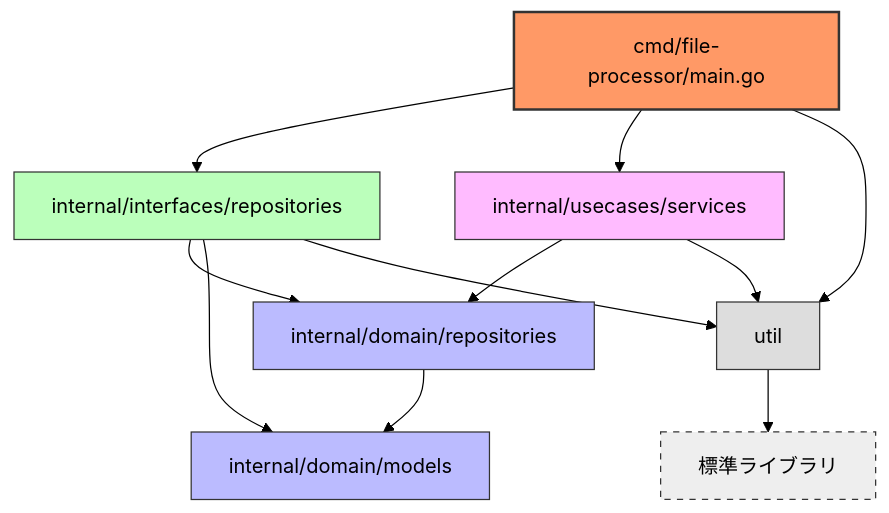
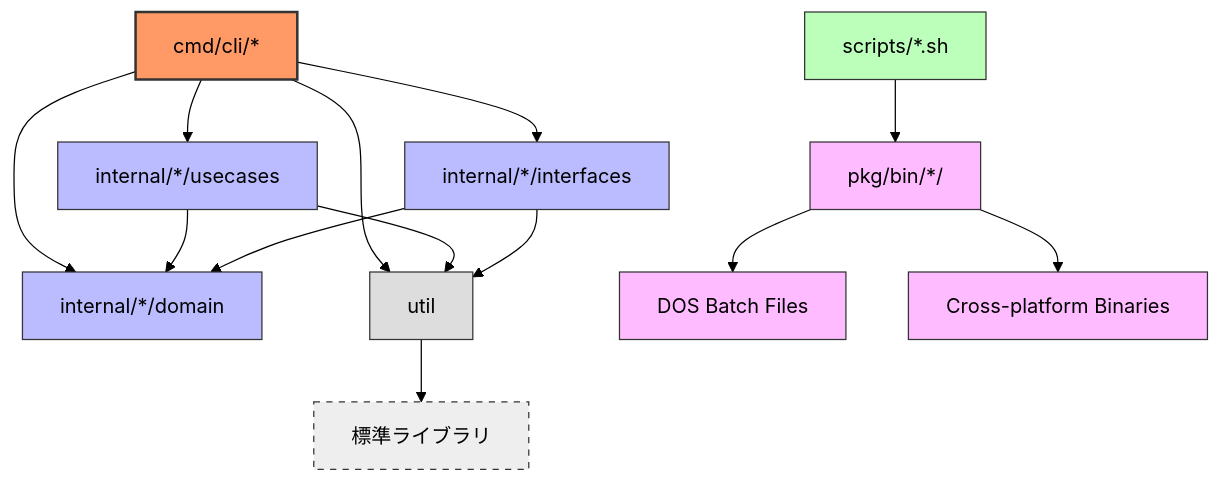
Before and after one commit to landmaster135/devbox: the diagram in README.md, drawn with Mermaid (forest theme). The commit also changed other lines of this file, not shown here.

Commit message:
doc: enhance README with comprehensive Japanese documentation and updated architecture diagram

````diff
--- a/README.md
+++ b/README.md
@@ -38,34 +38,38 @@
 ```mermaid
 graph TD
-  A[cmd/file-processor/main.go] --> B[internal/interfaces/repositories]
-  A --> C[internal/usecases/services]
+  A[cmd/cli/*] --> B[internal/*/usecases]
+  A --> C[internal/*/interfaces]
+  A --> D[internal/*/domain]
   
-  C[internal/usecases/services] --> D[internal/domain/repositories]
+  B --> D
+  C --> D
   
-  B[internal/interfaces/repositories] --> D[internal/domain/repositories]
-  B --> E[internal/domain/models]
+  E[scripts/*.sh] --> F[pkg/bin/*/]
+  A --> G[util]
+  B --> G
+  C --> G
   
-  D[internal/domain/repositories] --> E[internal/domain/models]
+  F --> H[DOS Batch Files]
+  F --> I[Cross-platform Binaries]
   
-  F[util] --> G[標準ライブラリ]
-  
-  A --> F[util]
-  C --> F[util]
-  B --> F[util]
+  G --> J[標準ライブラリ]
 
   %% Style Settings
-  classDef main fill:#f96,stroke:#333,stroke-width:2px;
-  classDef domain fill:#bbf,stroke:#333,stroke-width:1px;
-  classDef interfaces fill:#bfb,stroke:#333,stroke-width:1px;
-  classDef usecases fill:#fbf,stroke:#333,stroke-width:1px;
+  classDef cmd fill:#f96,stroke:#333,stroke-width:2px;
+  classDef internal fill:#bbf,stroke:#333,stroke-width:1px;
+  classDef scripts fill:#bfb,stroke:#333,stroke-width:1px;
+  classDef pkg fill:#fbf,stroke:#333,stroke-width:1px;
   classDef util fill:#ddd,stroke:#333,stroke-width:1px;
   classDef stdlib fill:#eee,stroke:#333,stroke-width:1px,stroke-dasharray: 5 5;
 
-  class A main;
-  class E domain;
-  class D domain;
-  class B interfaces;
-  class C usecases;
-  class F util;
-  class G stdlib;
+  class A cmd;
+  class B internal;
+  class C internal;
+  class D internal;
+  class E scripts;
+  class F pkg;
+  class G util;
+  class H pkg;
+  class I pkg;
+  class J stdlib;
 ```
````
